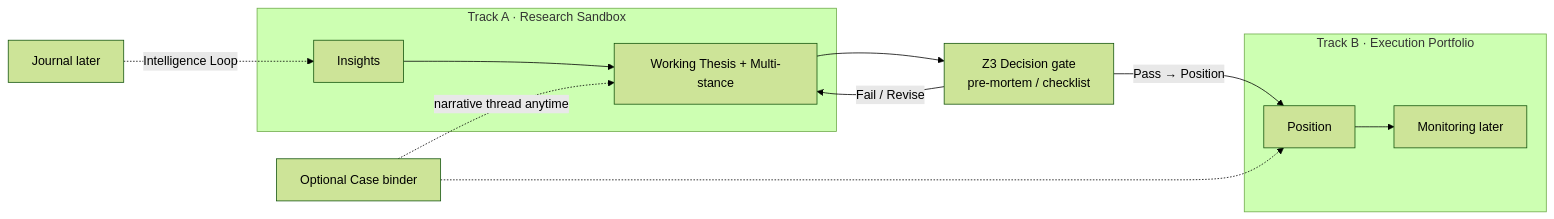
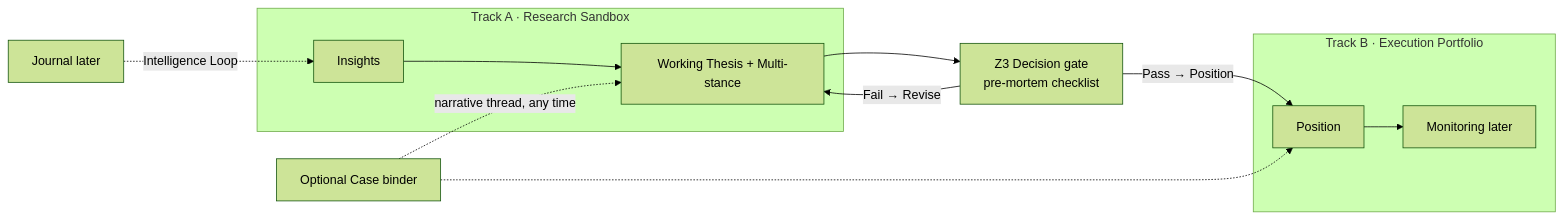
Before and after one commit to d-dragon/dp-stock-investment-assistant: the third of 4 diagrams in docs/system/CONCEPTUAL_IA_MAP.md, drawn with Mermaid (forest theme). The commit also changed other lines of this file and 11 other files, not shown here.

````diff
--- a/docs/system/CONCEPTUAL_IA_MAP.md
+++ b/docs/system/CONCEPTUAL_IA_MAP.md
@@ -170,20 +160,20 @@
 ```mermaid
 flowchart LR
   subgraph TrackA["Track A · Research Sandbox"]
     INS[Insights]
     TH[Working Thesis + Multi-stance]
   end
-  GATE["Z3 Decision gate<br/>pre-mortem / checklist"]
+  GATE["Z3 Decision gate<br/>pre-mortem checklist"]
   subgraph TrackB["Track B · Execution Portfolio"]
     PF[Position]
     MON[Monitoring later]
   end
   INS --> TH
   TH --> GATE
   GATE -->|"Pass → Position"| PF
-  GATE -->|"Fail / Revise"| TH
+  GATE -->|"Fail → Revise"| TH
   PF --> MON
   J[Journal later] -.->|"Intelligence Loop"| INS
-  CASE["Optional Case binder"] -.->|"narrative thread anytime"| TH
+  CASE["Optional Case binder"] -.->|"narrative thread, any time"| TH
   CASE -.-> PF
 ```
````
